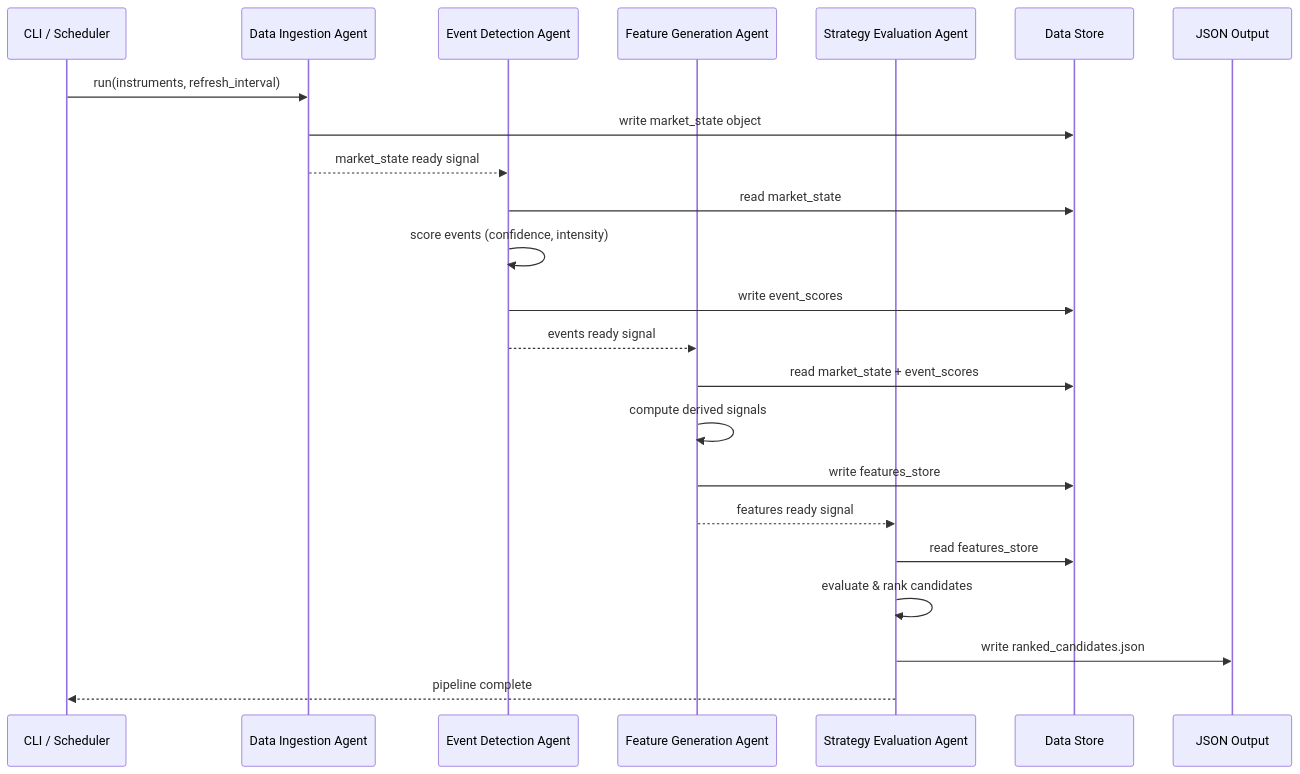
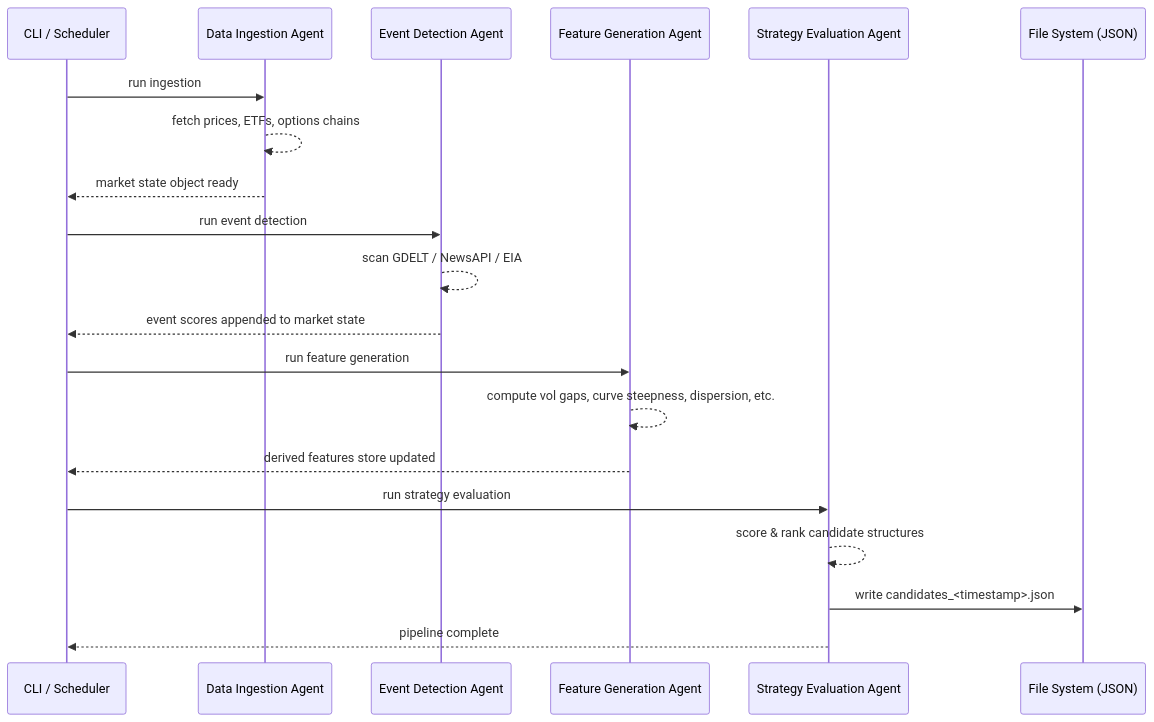
Before and after one commit to jeisenback/golden_boy_peanuts: the second of 2 diagrams in docs/generated/user_guide_full-pipeline.md, drawn with Mermaid. The commit also changed other lines of this file, not shown here.

````diff
--- a/docs/generated/user_guide_full-pipeline.md
+++ b/docs/generated/user_guide_full-pipeline.md
@@ -243,29 +206,26 @@
 ```mermaid
 sequenceDiagram
     participant CLI as CLI / Scheduler
-    participant DIA as Data Ingestion Agent
-    participant EDA as Event Detection Agent
-    participant FGA as Feature Generation Agent
-    participant SEA as Strategy Evaluation Agent
-    participant Store as Data Store
-    participant Out as JSON Output
+    participant DI as Data Ingestion Agent
+    participant ED as Event Detection Agent
+    participant FG as Feature Generation Agent
+    participant SE as Strategy Evaluation Agent
+    participant FS as File System (JSON)
 
-    CLI->>DIA: run(instruments, refresh_interval)
-    DIA->>Store: write market_state object
-    DIA-->>EDA: market_state ready signal
+    CLI->>DI: run ingestion
+    DI-->>DI: fetch prices, ETFs, options chains
+    DI-->>CLI: market state object ready
 
-    EDA->>Store: read market_state
-    EDA->>EDA: score events (confidence, intensity)
-    EDA->>Store: write event_scores
-    EDA-->>FGA: events ready signal
+    CLI->>ED: run event detection
+    ED-->>ED: scan GDELT / NewsAPI / EIA
+    ED-->>CLI: event scores appended to market state
 
-    FGA->>Store: read market_state + event_scores
-    FGA->>FGA: compute derived signals
-    FGA->>Store: write features_store
-    FGA-->>SEA: features ready signal
+    CLI->>FG: run feature generation
+    FG-->>FG: compute vol gaps, curve steepness, dispersion, etc.
+    FG-->>CLI: derived features store updated
 
-    SEA->>Store: read features_store
-    SEA->>SEA: evaluate & rank candidates
-    SEA->>Out: write ranked_candidates.json
-    SEA-->>CLI: pipeline complete
+    CLI->>SE: run strategy evaluation
+    SE-->>SE: score & rank candidate structures
+    SE->>FS: write candidates_<timestamp>.json
+    SE-->>CLI: pipeline complete
 ```
````
